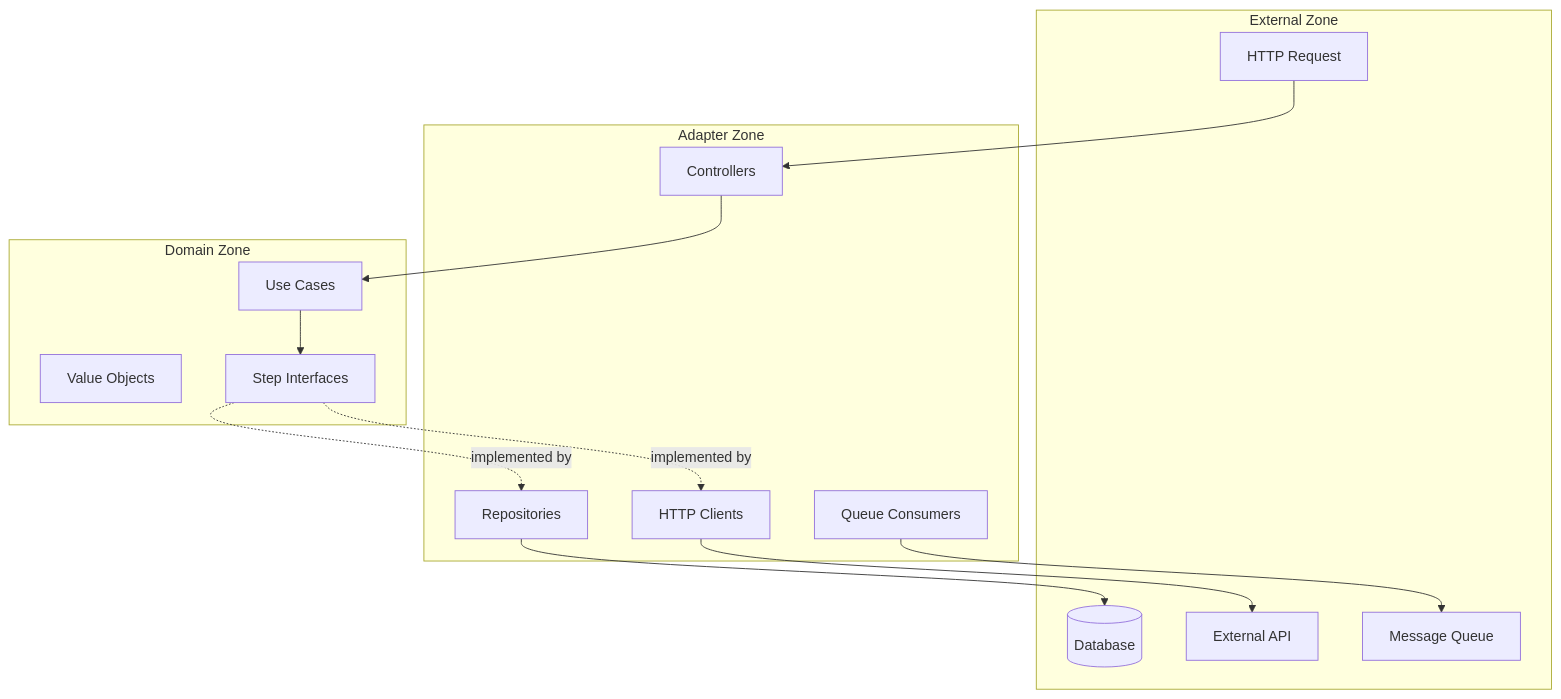
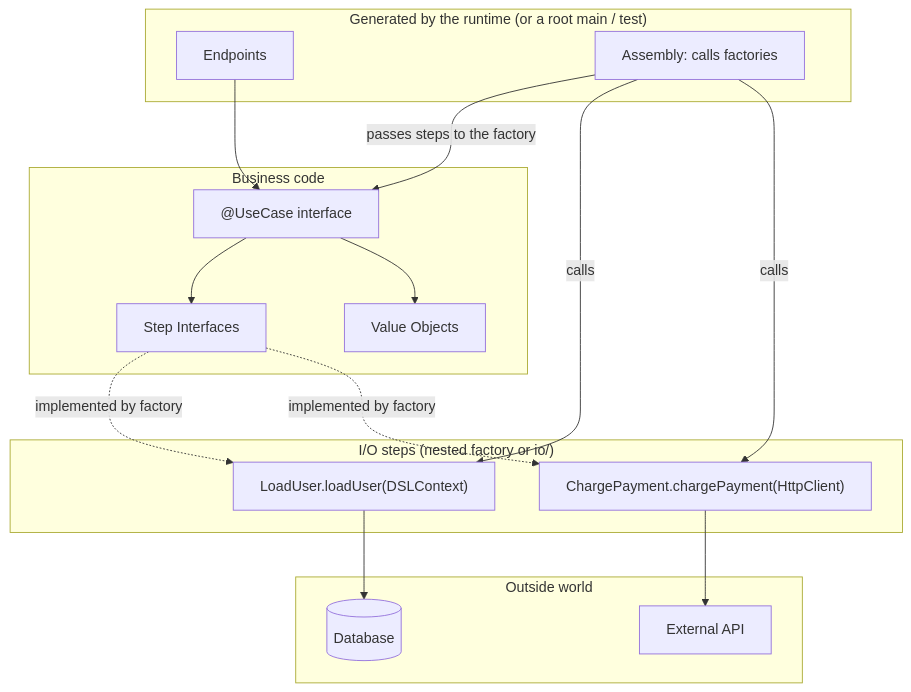
The tenth of 18 diagrams in book/diagrams.md (siy/coding-technology), drawn with Mermaid before and after one commit. The commit also changed other lines of this file and 76 other files, not shown here.

Commit message:
docs(jbct): package model - telescope tree with shared/io roles, steps move unchanged, @UseCase, business names only, jbct.mode (pragmatica #2523)

````diff
--- a/book/diagrams.md
+++ b/book/diagrams.md
@@ -230,31 +230,34 @@
 ```mermaid
 flowchart TB
-    subgraph External["External Zone"]
-        HTTP[HTTP Request]
+    subgraph Runtime["Generated by the runtime (or a root main / test)"]
+        Endpoint[Endpoints]
+        Assembly[Assembly: calls factories]
+    end
+
+    subgraph Business["Business code"]
+        UseCase["@UseCase interface"]
+        StepInterface[Step Interfaces]
+        ValueObject[Value Objects]
+    end
+
+    subgraph IO["I/O steps (nested factory or io/)"]
+        LoadUser["LoadUser.loadUser(DSLContext)"]
+        ChargePayment["ChargePayment.chargePayment(HttpClient)"]
+    end
+
+    subgraph External["Outside world"]
         DB[(Database)]
         API[External API]
-        Queue[Message Queue]
     end
 
-    subgraph Adapter["Adapter Zone"]
-        Controller[Controllers]
-        Repository[Repositories]
-        Client[HTTP Clients]
-        Consumer[Queue Consumers]
-    end
-
-    subgraph Domain["Domain Zone"]
-        UseCase[Use Cases]
-        ValueObject[Value Objects]
-        StepInterface[Step Interfaces]
-    end
-
-    HTTP --> Controller
-    Controller --> UseCase
+    Endpoint --> UseCase
+    Assembly -->|"passes steps to the factory"| UseCase
+    Assembly -->|"calls"| LoadUser
+    Assembly -->|"calls"| ChargePayment
     UseCase --> StepInterface
-    StepInterface -.->|implemented by| Repository
-    StepInterface -.->|implemented by| Client
-    Repository --> DB
-    Client --> API
-    Consumer --> Queue
+    UseCase --> ValueObject
+    StepInterface -.->|implemented by factory| LoadUser
+    StepInterface -.->|implemented by factory| ChargePayment
+    LoadUser --> DB
+    ChargePayment --> API
 ```
````
